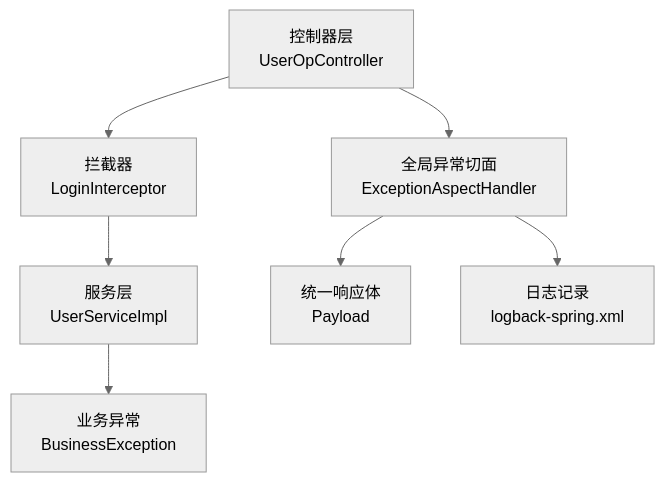
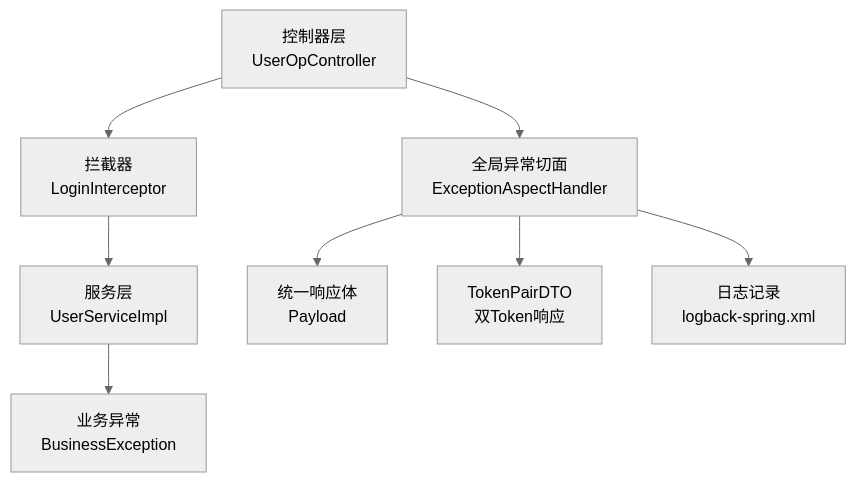
The first of 9 diagrams in .qoder/repowiki/zh/content/配置管理/全局异常处理.md (liftp/chat_simple), drawn with Mermaid (neutral theme) before and after one commit. The commit also changed other lines of this file and 6 other files, not shown here.

````diff
--- a/.qoder/repowiki/zh/content/配置管理/全局异常处理.md
+++ b/.qoder/repowiki/zh/content/配置管理/全局异常处理.md
@@ -39,9 +44,10 @@
 ```mermaid
 graph TB
 C["控制器层<br/>UserOpController"] --> I["拦截器<br/>LoginInterceptor"]
 I --> S["服务层<br/>UserServiceImpl"]
 S --> E["业务异常<br/>BusinessException"]
 C --> A["全局异常切面<br/>ExceptionAspectHandler"]
 A --> P["统一响应体<br/>Payload"]
+A --> TP["TokenPairDTO<br/>双Token响应"]
 A --> L["日志记录<br/>logback-spring.xml"]
 ```
````
